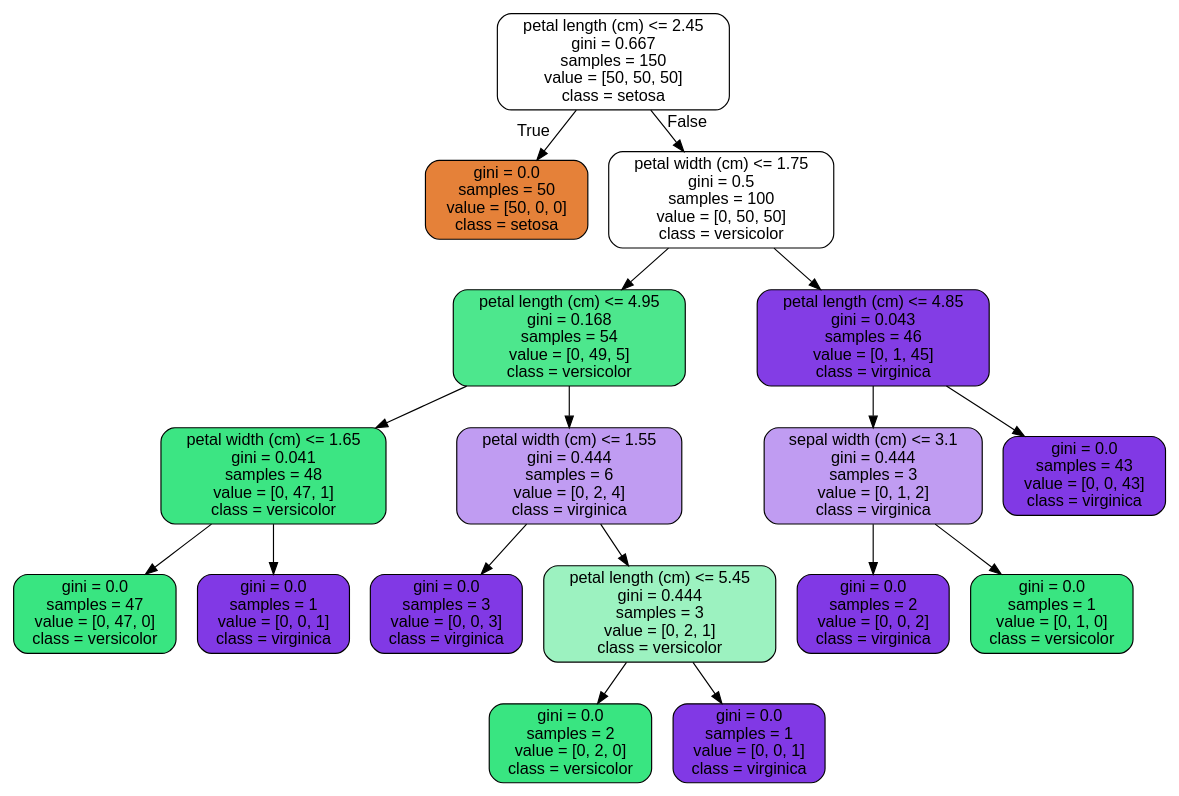
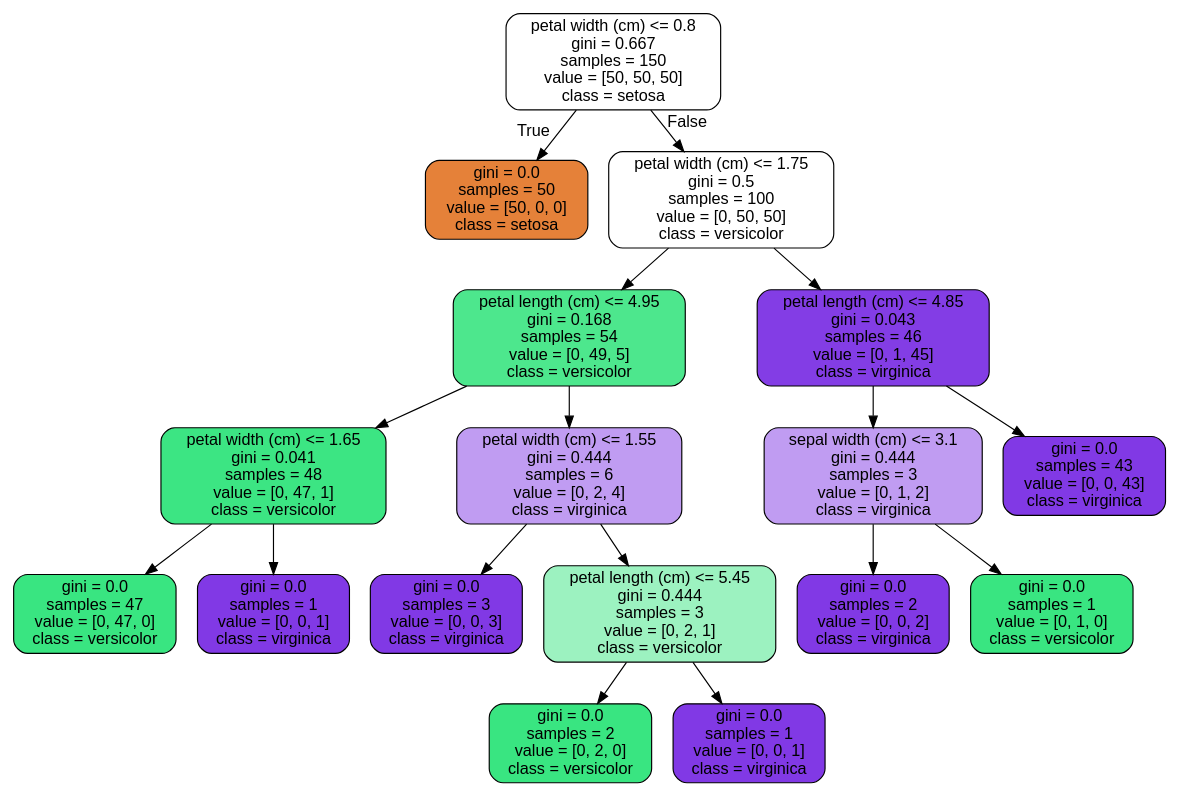
One commit to adrianbontea/ml-experiments changed the diagram in output/decisiontrees/iris_4_features_tree_depth_7.dot. Above: the diagram before and after it, drawn with Graphviz. The commit also changed 3 other files, not shown here.

```diff
--- a/output/decisiontrees/iris_4_features_tree_depth_7.dot
+++ b/output/decisiontrees/iris_4_features_tree_depth_7.dot
@@ -1,37 +1,37 @@
 digraph Tree {
 node [shape=box, style="filled, rounded", color="black", fontname=helvetica] ;
 edge [fontname=helvetica] ;
-0 [label="petal length (cm) <= 2.45\ngini = 0.667\nsamples = 150\nvalue = [50, 50, 50]\nclass = setosa", fillcolor="#e5813900"] ;
+0 [label="petal width (cm) <= 0.8\ngini = 0.667\nsamples = 150\nvalue = [50, 50, 50]\nclass = setosa", fillcolor="#e5813900"] ;
 1 [label="gini = 0.0\nsamples = 50\nvalue = [50, 0, 0]\nclass = setosa", fillcolor="#e58139ff"] ;
 0 -> 1 [labeldistance=2.5, labelangle=45, headlabel="True"] ;
 2 [label="petal width (cm) <= 1.75\ngini = 0.5\nsamples = 100\nvalue = [0, 50, 50]\nclass = versicolor", fillcolor="#39e58100"] ;
 0 -> 2 [labeldistance=2.5, labelangle=-45, headlabel="False"] ;
 3 [label="petal length (cm) <= 4.95\ngini = 0.168\nsamples = 54\nvalue = [0, 49, 5]\nclass = versicolor", fillcolor="#39e581e5"] ;
 2 -> 3 ;
 4 [label="petal width (cm) <= 1.65\ngini = 0.041\nsamples = 48\nvalue = [0, 47, 1]\nclass = versicolor", fillcolor="#39e581fa"] ;
 3 -> 4 ;
 5 [label="gini = 0.0\nsamples = 47\nvalue = [0, 47, 0]\nclass = versicolor", fillcolor="#39e581ff"] ;
 4 -> 5 ;
 6 [label="gini = 0.0\nsamples = 1\nvalue = [0, 0, 1]\nclass = virginica", fillcolor="#8139e5ff"] ;
 4 -> 6 ;
 7 [label="petal width (cm) <= 1.55\ngini = 0.444\nsamples = 6\nvalue = [0, 2, 4]\nclass = virginica", fillcolor="#8139e57f"] ;
 3 -> 7 ;
 8 [label="gini = 0.0\nsamples = 3\nvalue = [0, 0, 3]\nclass = virginica", fillcolor="#8139e5ff"] ;
 7 -> 8 ;
 9 [label="petal length (cm) <= 5.45\ngini = 0.444\nsamples = 3\nvalue = [0, 2, 1]\nclass = versicolor", fillcolor="#39e5817f"] ;
 7 -> 9 ;
 10 [label="gini = 0.0\nsamples = 2\nvalue = [0, 2, 0]\nclass = versicolor", fillcolor="#39e581ff"] ;
 9 -> 10 ;
 11 [label="gini = 0.0\nsamples = 1\nvalue = [0, 0, 1]\nclass = virginica", fillcolor="#8139e5ff"] ;
 9 -> 11 ;
 12 [label="petal length (cm) <= 4.85\ngini = 0.043\nsamples = 46\nvalue = [0, 1, 45]\nclass = virginica", fillcolor="#8139e5f9"] ;
 2 -> 12 ;
 13 [label="sepal width (cm) <= 3.1\ngini = 0.444\nsamples = 3\nvalue = [0, 1, 2]\nclass = virginica", fillcolor="#8139e57f"] ;
 12 -> 13 ;
 14 [label="gini = 0.0\nsamples = 2\nvalue = [0, 0, 2]\nclass = virginica", fillcolor="#8139e5ff"] ;
 13 -> 14 ;
 15 [label="gini = 0.0\nsamples = 1\nvalue = [0, 1, 0]\nclass = versicolor", fillcolor="#39e581ff"] ;
 13 -> 15 ;
 16 [label="gini = 0.0\nsamples = 43\nvalue = [0, 0, 43]\nclass = virginica", fillcolor="#8139e5ff"] ;
 12 -> 16 ;
 }
```
